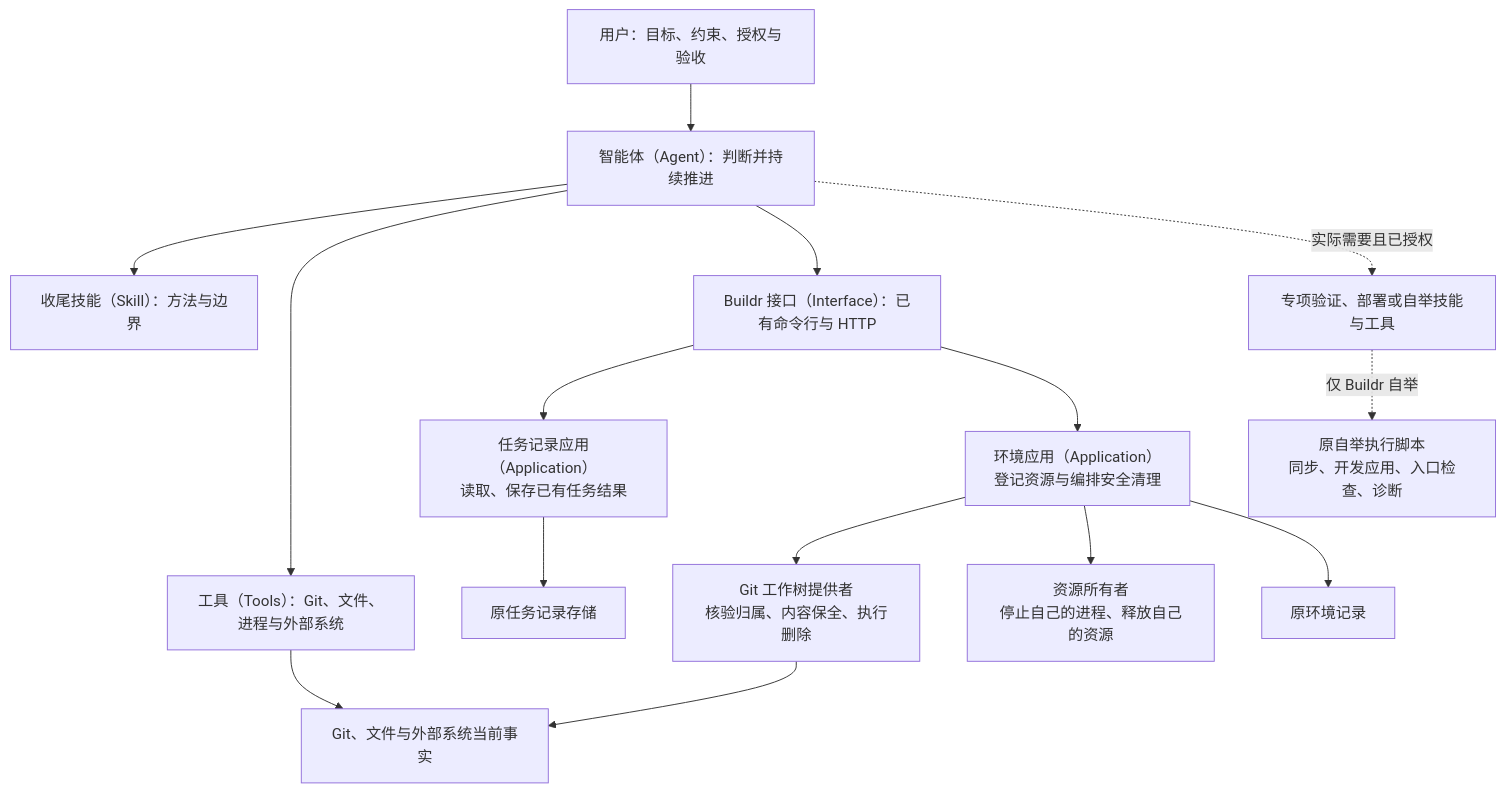
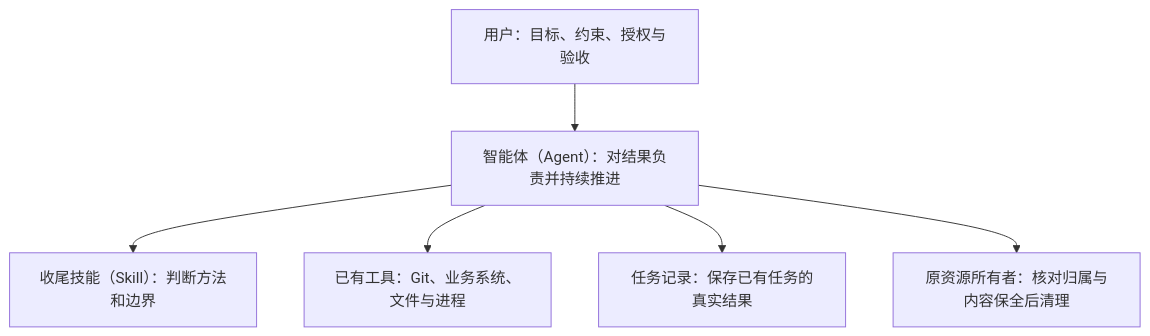
Before and after one commit to BuildrAI/Buildr: the diagram in projects/product/openspec/knowledge/flows/task-closeout.md, drawn with Mermaid. The commit also changed other lines of this file and 143 other files, not shown here.

````diff
--- a/projects/product/openspec/knowledge/flows/task-closeout.md
+++ b/projects/product/openspec/knowledge/flows/task-closeout.md
@@ -7,17 +7,8 @@
 ```mermaid
 flowchart TB
-    U["用户：目标、约束、授权与验收"] --> A["智能体（Agent）：判断并持续推进"]
-    A --> S["收尾技能（Skill）：方法与边界"]
-    A --> G["工具（Tools）：Git、文件、进程与外部系统"]
-    A --> I["Buildr 接口（Interface）：已有命令行与 HTTP"]
-    I --> T["任务记录应用（Application）<br/>读取、保存已有任务结果"]
-    I --> E["环境应用（Application）<br/>登记资源与编排安全清理"]
-    E --> W["Git 工作树提供者<br/>核验归属、内容保全、执行删除"]
-    E --> R["资源所有者<br/>停止自己的进程、释放自己的资源"]
-    A -. "实际需要且已授权" .-> V["专项验证、部署或自举技能与工具"]
-    V -. "仅 Buildr 自举" .-> B["原自举执行脚本<br/>同步、开发应用、入口检查、诊断"]
-    T --> DB["原任务记录存储"]
-    E --> ER["原环境记录"]
-    G --> F["Git、文件与外部系统当前事实"]
-    W --> F
+    U["用户：目标、约束、授权与验收"] --> A["智能体（Agent）：对结果负责并持续推进"]
+    A --> S["收尾技能（Skill）：判断方法和边界"]
+    A --> T["已有工具：Git、业务系统、文件与进程"]
+    A --> R["任务记录：保存已有任务的真实结果"]
+    A --> E["原资源所有者：核对归属与内容保全后清理"]
 ```
````
